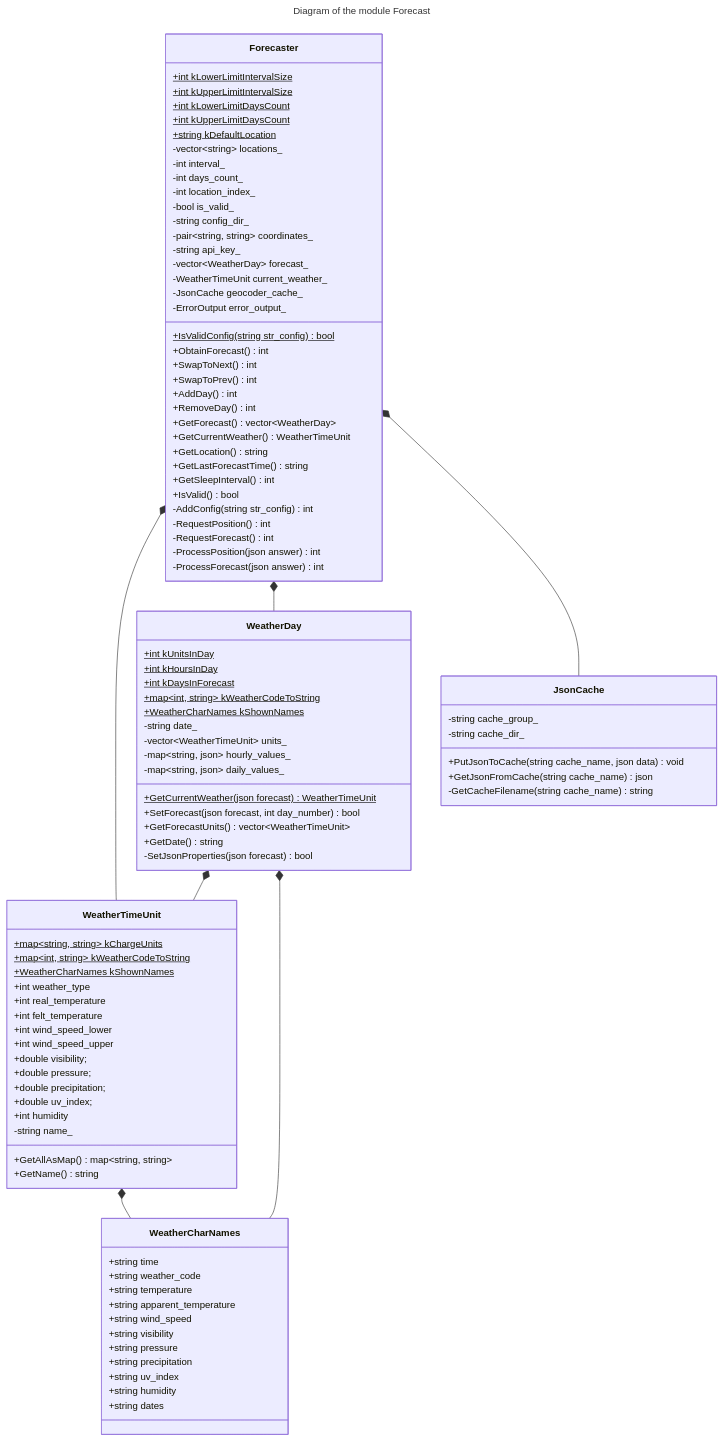
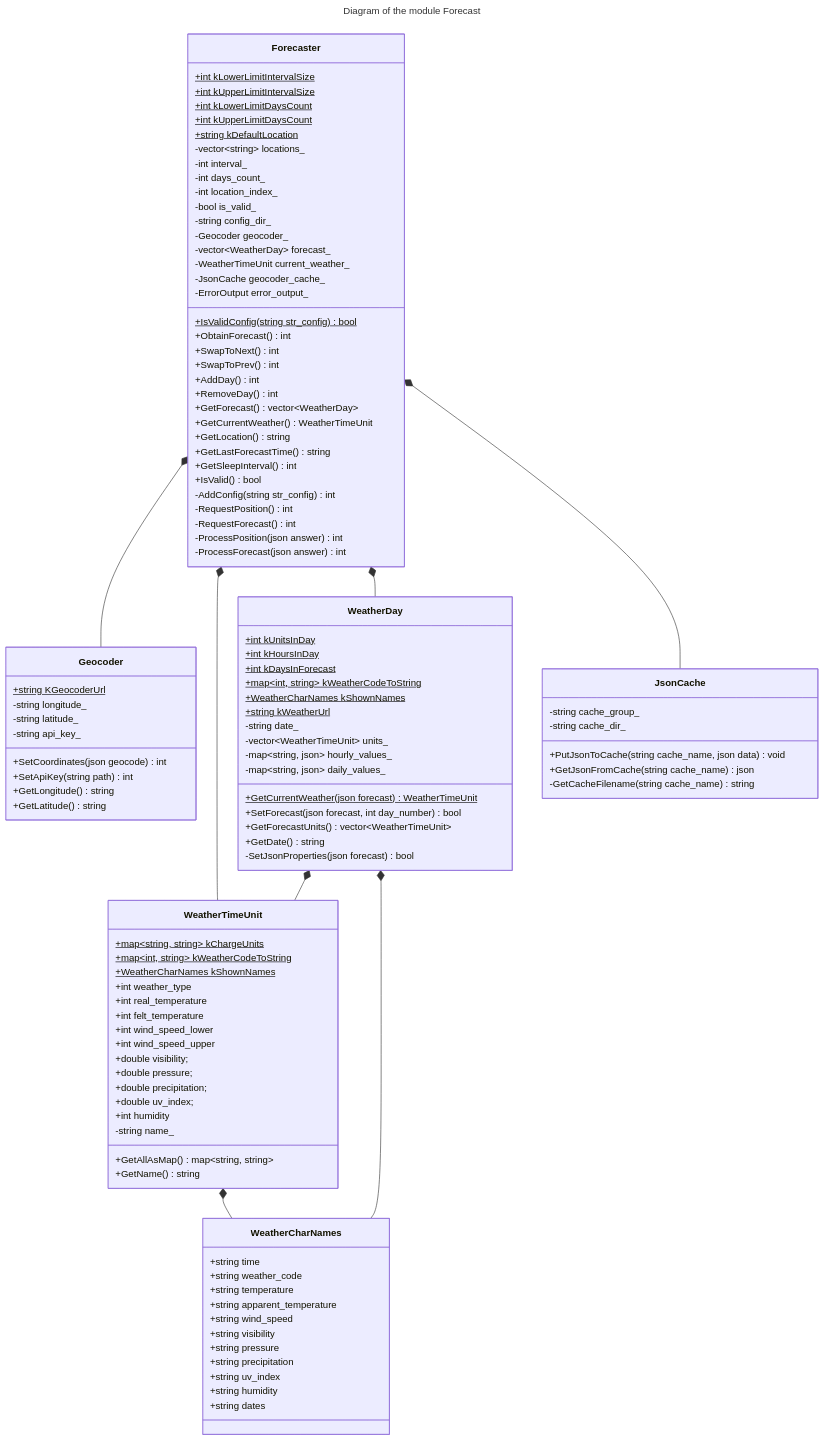
Before and after one commit to bialger/weather-forecast: the third of 4 diagrams in docs/dev/architecture.md, drawn with Mermaid. The commit also changed other lines of this file and 2 other files, not shown here.

Commit message:
Added Geocoder entity to Forecast

```diff
--- a/docs/dev/architecture.md
+++ b/docs/dev/architecture.md
@@ -123,8 +123,7 @@
     -int location_index_
     -bool is_valid_
     -string config_dir_
-    -pair~string, string~ coordinates_
-    -string api_key_
+    -Geocoder geocoder_
     -vector~WeatherDay~ forecast_
     -WeatherTimeUnit current_weather_
     -JsonCache geocoder_cache_
@@ -160,6 +159,7 @@
     +int kDaysInForecast$
     +map~int, string~ kWeatherCodeToString$
     +WeatherCharNames kShownNames$
+    +string kWeatherUrl$
     -string date_
     -vector~WeatherTimeUnit~ units_
     -map~string, json~ hourly_values_
@@ -201,6 +201,17 @@
     +string humidity
     +string dates
   }
+  class Geocoder {
+    +string KGeocoderUrl$
+    -string longitude_
+    -string latitude_
+    -string api_key_
+    +SetCoordinates(json geocode) int
+    +SetApiKey(string path) int
+    +GetLongitude() string
+    +GetLatitude() string
+  }
+  Forecaster *-- Geocoder
   Forecaster *-- WeatherTimeUnit
   Forecaster *-- WeatherDay
   Forecaster *-- JsonCache
```
